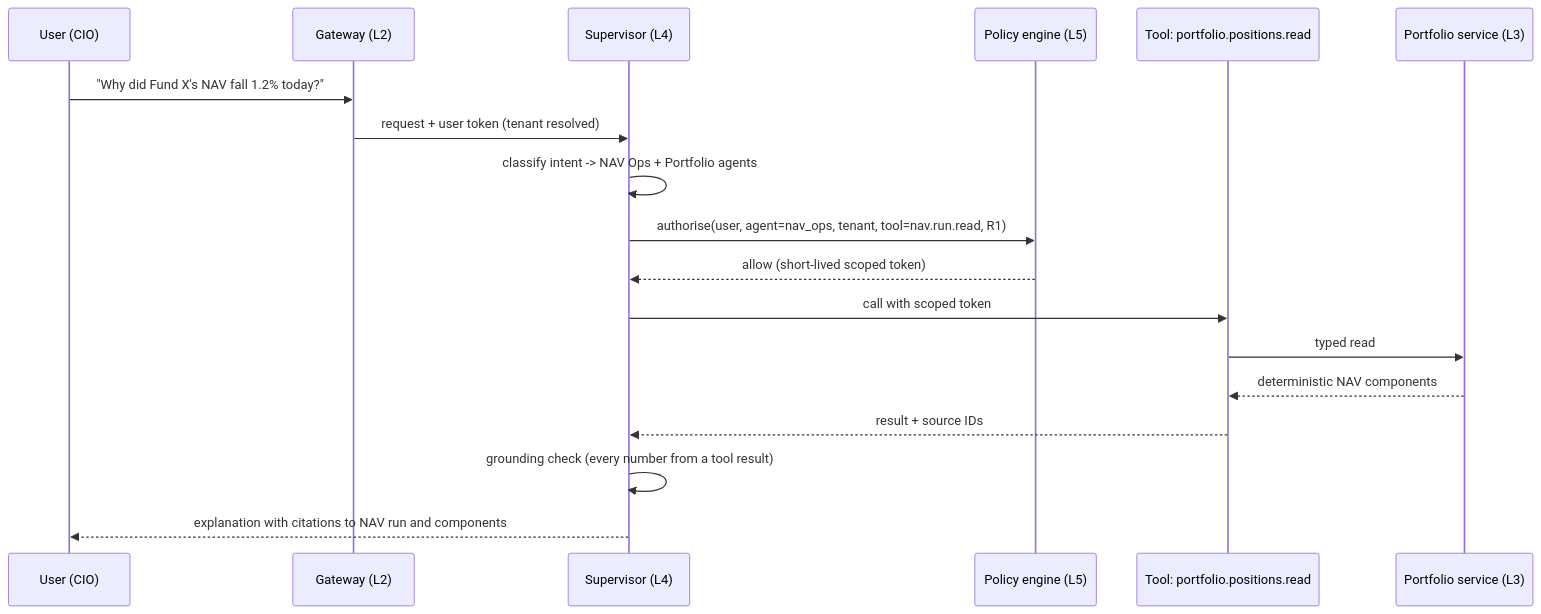
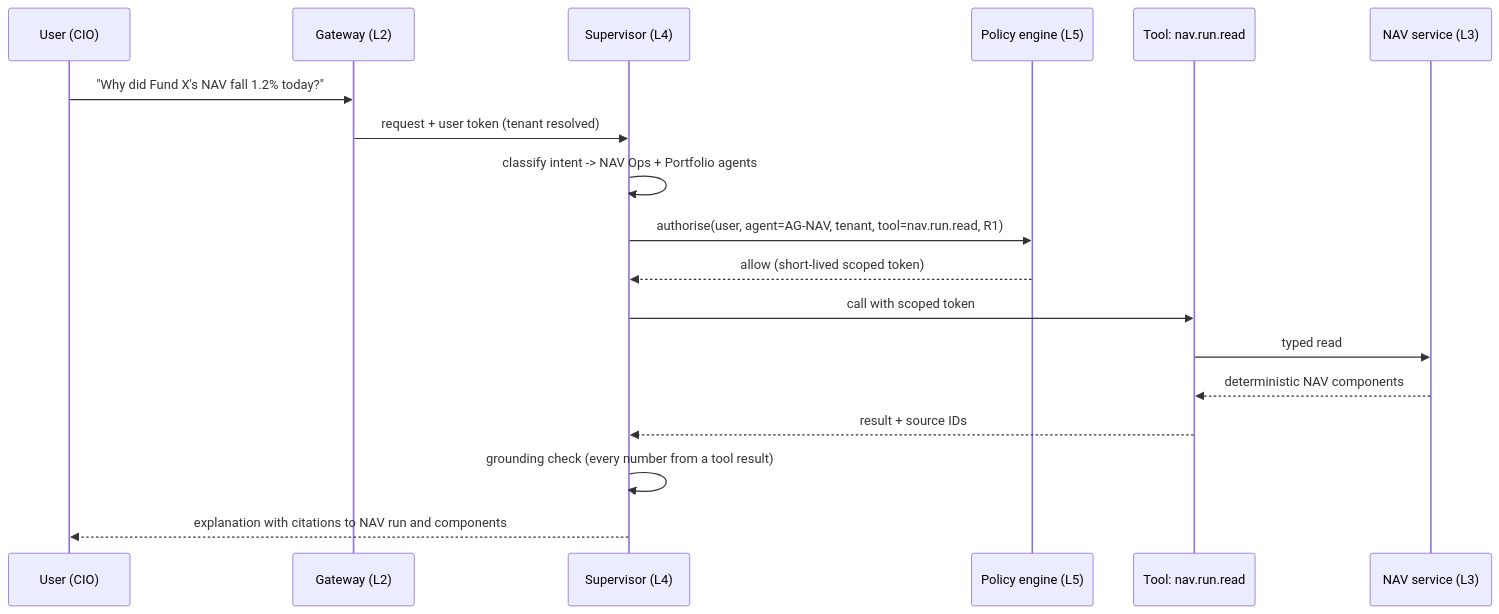
Before and after one commit to suchitdubey7/AMC-OS: the second of 3 diagrams in docs/04_enterprise_architecture/EA-100_ai_orchestration_architecture_proposal.md, drawn with Mermaid. The commit also changed other lines of this file and 24 other files, not shown here.

````diff
--- a/docs/04_enterprise_architecture/EA-100_ai_orchestration_architecture_proposal.md
+++ b/docs/04_enterprise_architecture/EA-100_ai_orchestration_architecture_proposal.md
@@ -101,20 +120,20 @@
 ```mermaid
 sequenceDiagram
   participant U as User (CIO)
   participant G as Gateway (L2)
   participant S as Supervisor (L4)
   participant P as Policy engine (L5)
-  participant T as Tool: portfolio.positions.read
-  participant D as Portfolio service (L3)
+  participant T as Tool: nav.run.read
+  participant D as NAV service (L3)
   U->>G: "Why did Fund X's NAV fall 1.2% today?"
   G->>S: request + user token (tenant resolved)
   S->>S: classify intent -> NAV Ops + Portfolio agents
-  S->>P: authorise(user, agent=nav_ops, tenant, tool=nav.run.read, R1)
+  S->>P: authorise(user, agent=AG-NAV, tenant, tool=nav.run.read, R1)
   P-->>S: allow (short-lived scoped token)
   S->>T: call with scoped token
   T->>D: typed read
   D-->>T: deterministic NAV components
   T-->>S: result + source IDs
   S->>S: grounding check (every number from a tool result)
   S-->>U: explanation with citations to NAV run and components
 ```
````
